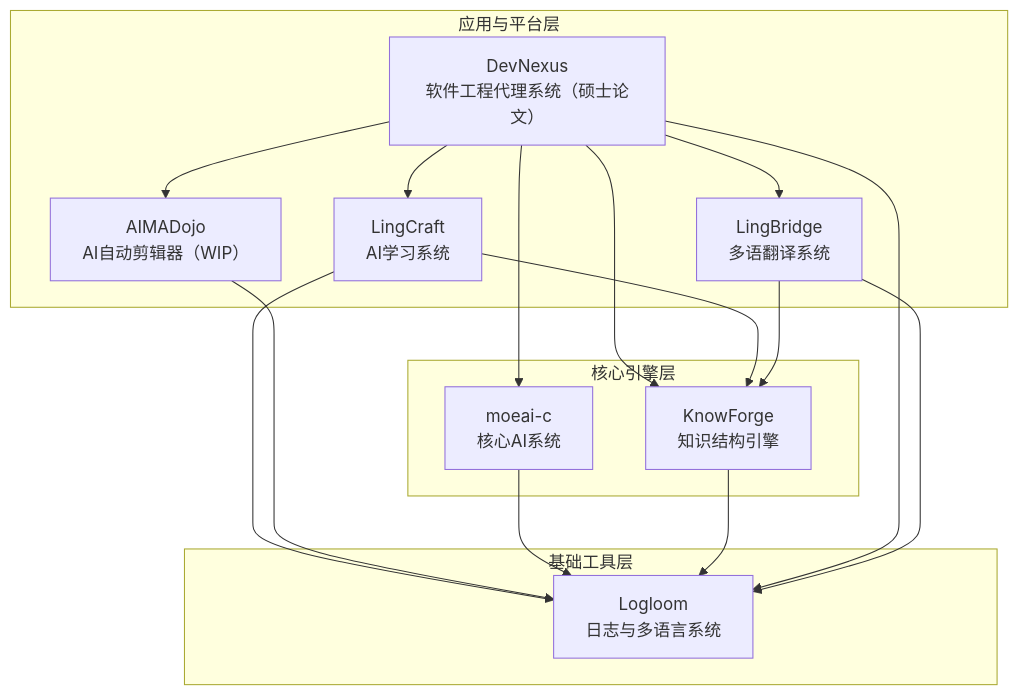
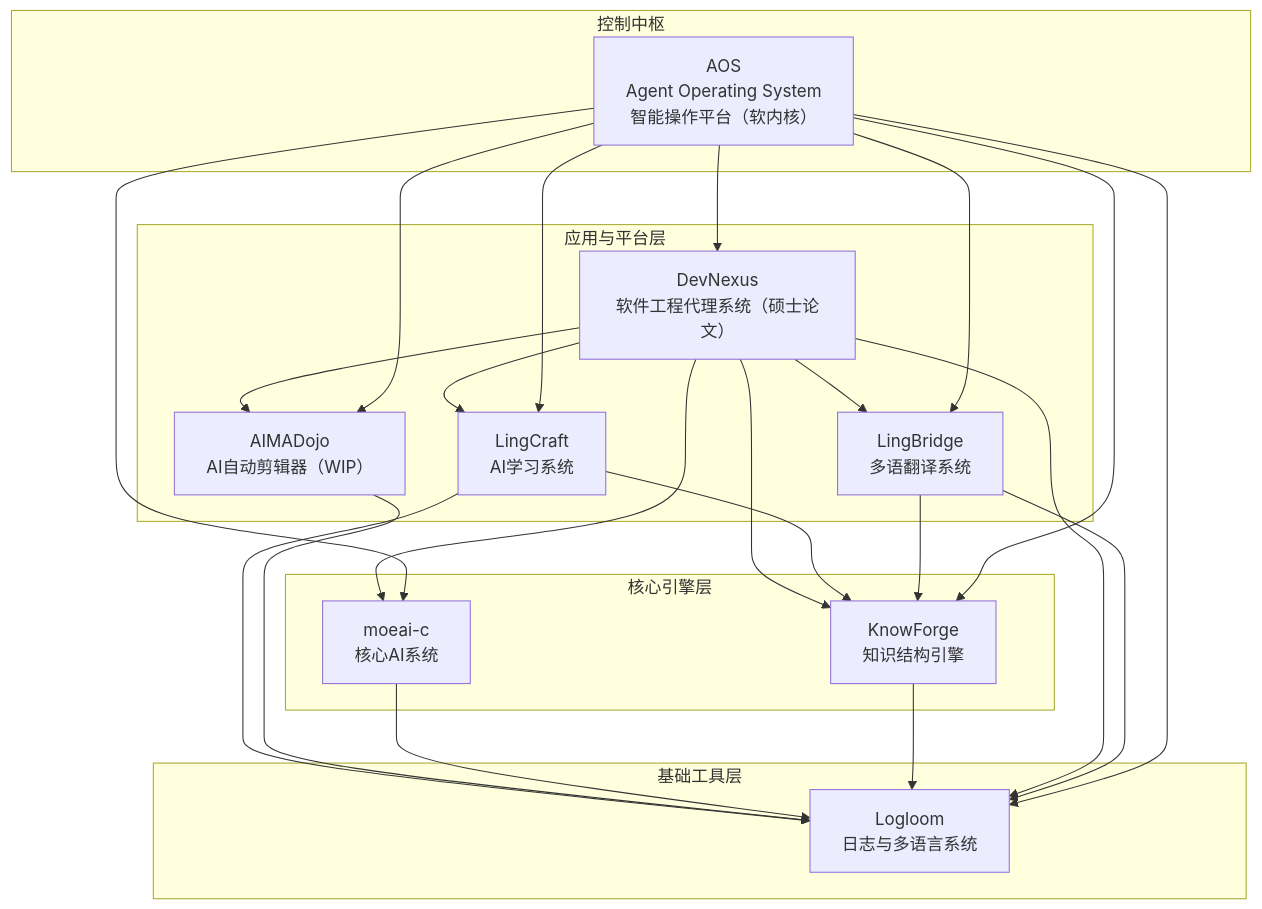
Before and after one commit to ydzat/ydzat: the diagram in README.md, drawn with Mermaid.

````diff
--- a/README.md
+++ b/README.md
@@ -75,34 +75,45 @@
 ```mermaid
 graph TD
   subgraph 基础工具层
     E[Logloom<br>日志与多语言系统]
   end
 
   subgraph 核心引擎层
     A[moeai-c<br>核心AI系统]
     B[KnowForge<br>知识结构引擎]
   end
 
   subgraph 应用与平台层
     F[LingCraft<br>AI学习系统]
     C[AIMADojo<br>AI自动剪辑器（WIP）]
     D[DevNexus<br>软件工程代理系统（硕士论文）]
     G[LingBridge<br>多语翻译系统]
   end
 
+  subgraph 控制中枢
+    Z[AOS<br>Agent Operating System<br>智能操作平台（软内核）]
+  end
+
   D --> A
   D --> B
   D --> C
   D --> F
+  D --> G
 
   F --> B
   F --> E
   C --> E
   A --> E
   B --> E
   D --> E
-
-  D --> G
   G --> B
   G --> E
+
+  Z --> A
+  Z --> B
+  Z --> C
+  Z --> D
+  Z --> E
+  Z --> F
+  Z --> G
 ```
````
